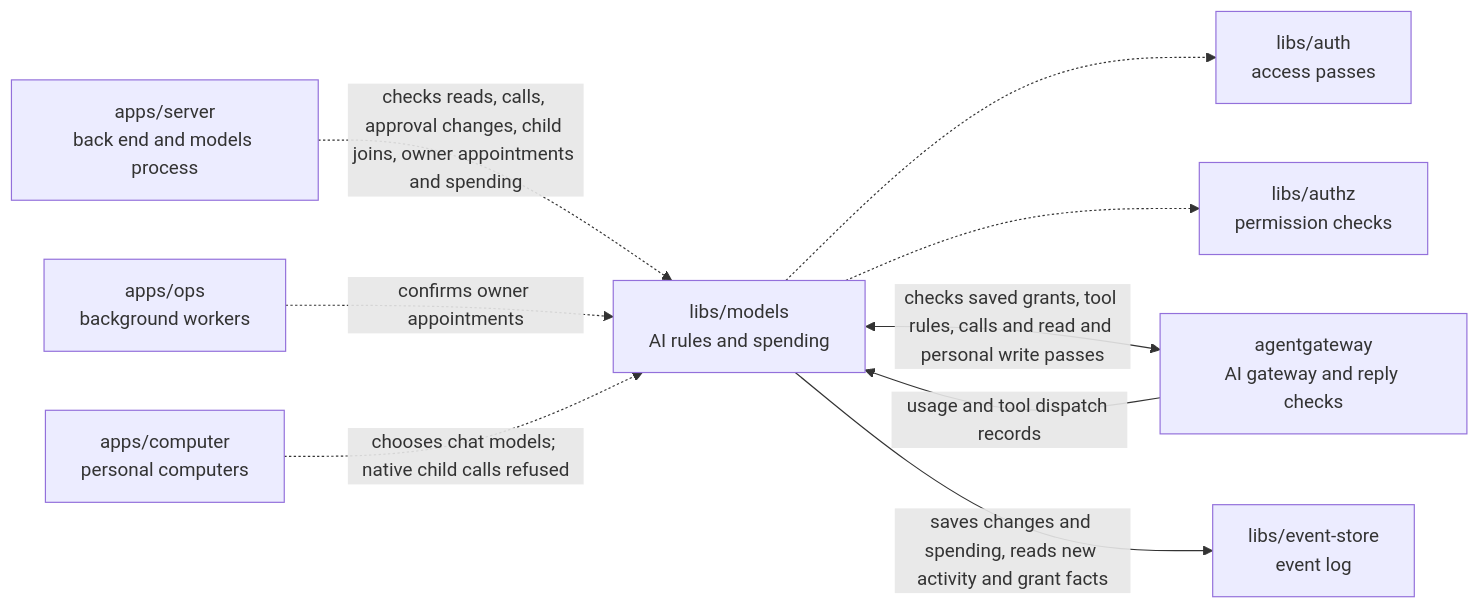
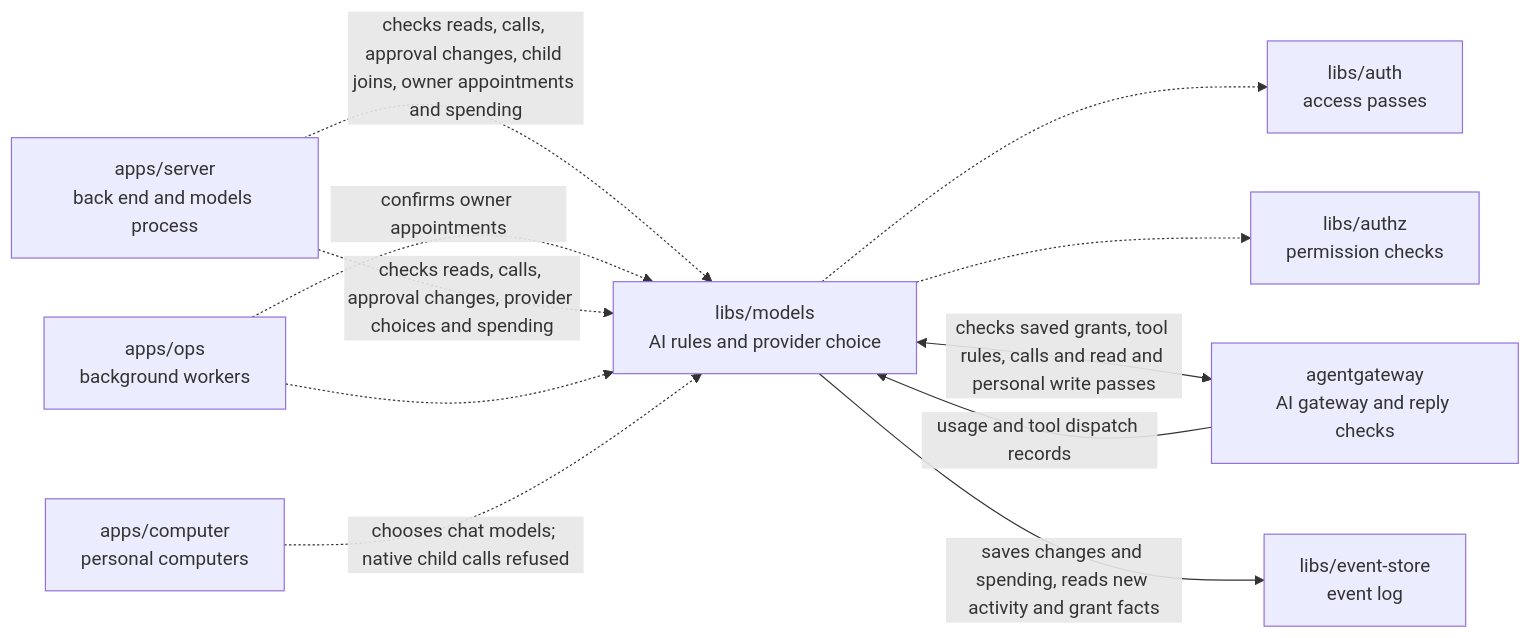
The diagram in libs/models/README.md (elewa-git/opencrane-new), drawn with Mermaid before and after one commit. The commit also changed other lines of this file and 21 other files, not shown here.

Commit message:
🧭 Record saved provider choices when new turns start after switch-on

````diff
--- a/libs/models/README.md
+++ b/libs/models/README.md
@@ -11,11 +11,13 @@
 ```mermaid
 flowchart LR
   server["apps/server<br/>back end and models process"] -.->|checks reads, calls, approval changes, child joins, owner appointments and spending| models["libs/models<br/>AI rules and spending"]
   ops["apps/ops<br/>background workers"] -.->|confirms owner appointments| models
+  server["apps/server<br/>back end and models process"] -.->|checks reads, calls, approval changes, provider choices and spending| models["libs/models<br/>AI rules and provider choice"]
+  ops["apps/ops<br/>background workers"] -.-> models
   computer["apps/computer<br/>personal computers"] -.->|chooses chat models; native child calls refused| models
   models -.-> auth["libs/auth<br/>access passes"]
   models -.-> authz["libs/authz<br/>permission checks"]
   models <-->|checks saved grants, tool rules, calls and read and personal write passes| gateway["agentgateway<br/>AI gateway and reply checks"]
   gateway -->|usage and tool dispatch records| models
   models -->|saves changes and spending, reads new activity and grant facts| store["libs/event-store<br/>event log"]
 ```
````
